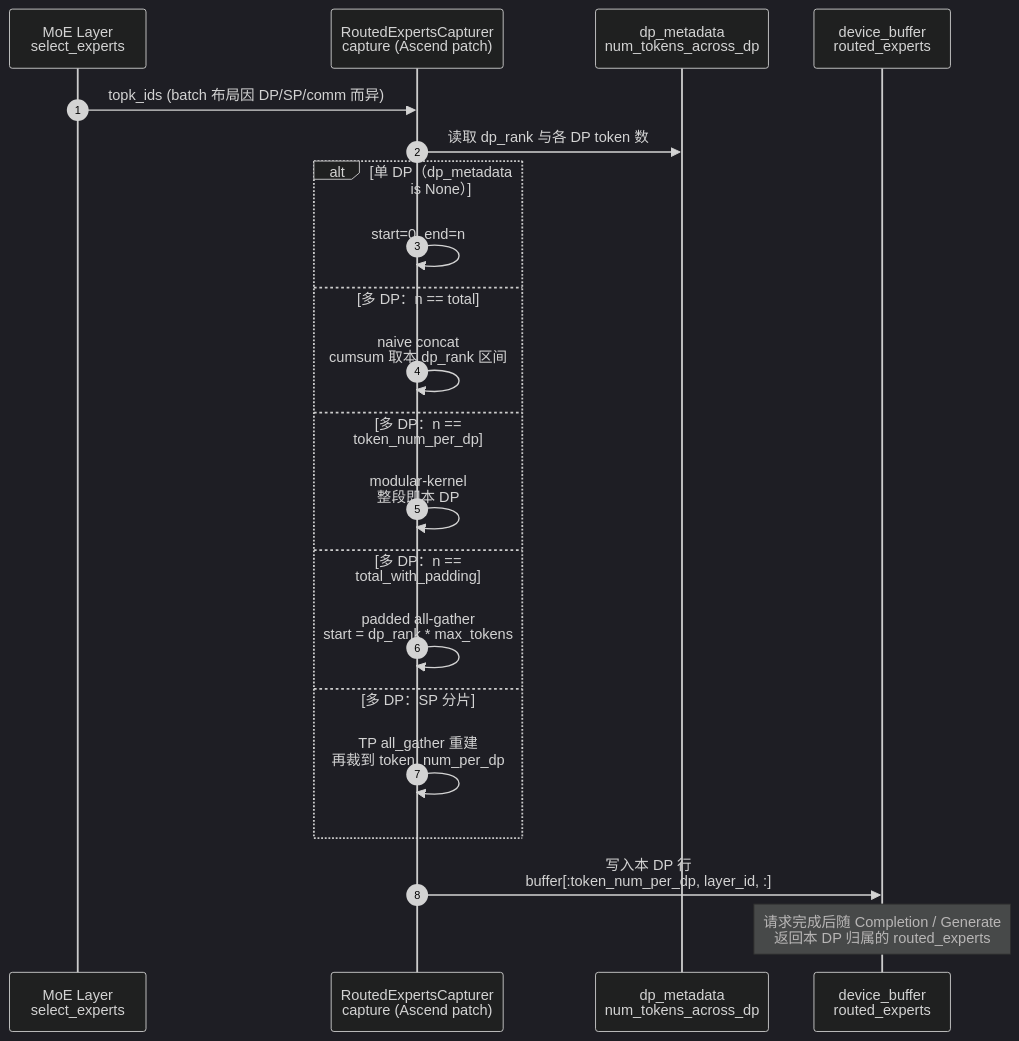
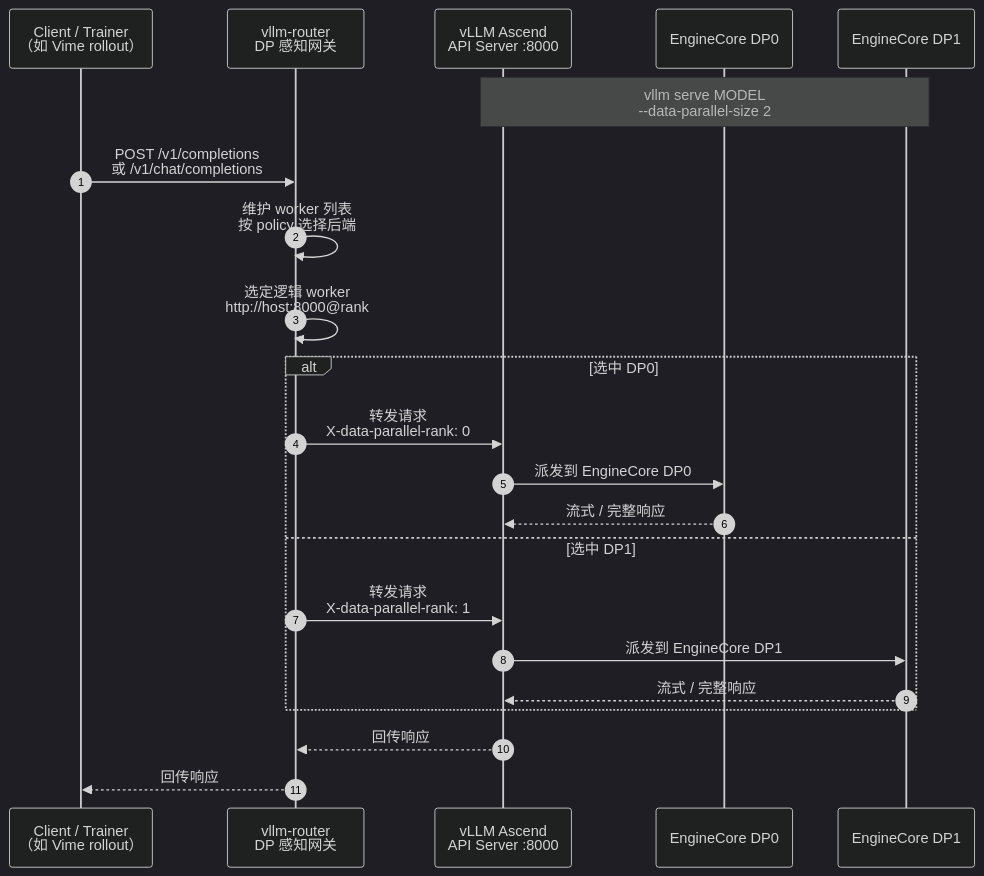
Before and after one commit to yjyang62/vllm-ascend: the diagram in docs/source/user_guide/feature_guide/dp_aware_router.md, drawn with Mermaid (dark theme). The commit also changed other lines of this file and 4 other files, not shown here.

First line of the commit message:
docs: rewrite DP Router guide for vllm-router rank-aware routing

````diff
--- a/docs/source/user_guide/feature_guide/dp_aware_router.md
+++ b/docs/source/user_guide/feature_guide/dp_aware_router.md
@@ -50,24 +64,26 @@
 ```mermaid
 sequenceDiagram
     autonumber
-    participant M as MoE Layer<br/>select_experts
-    participant C as RoutedExpertsCapturer<br/>capture (Ascend patch)
-    participant D as dp_metadata<br/>num_tokens_across_dp
-    participant B as device_buffer<br/>routed_experts
+    participant T as Client / Trainer<br/>（如 Vime rollout）
+    participant R as vllm-router<br/>DP 感知网关
+    participant S as vLLM Ascend<br/>API Server :8000
+    participant E0 as EngineCore DP0
+    participant E1 as EngineCore DP1
 
-    M->>C: topk_ids (batch 布局因 DP/SP/comm 而异)
-    C->>D: 读取 dp_rank 与各 DP token 数
-    alt 单 DP（dp_metadata is None）
-        C->>C: start=0, end=n
-    else 多 DP：n == total
-        C->>C: naive concat<br/>cumsum 取本 dp_rank 区间
-    else 多 DP：n == token_num_per_dp
-        C->>C: modular-kernel<br/>整段即本 DP
-    else 多 DP：n == total_with_padding
-        C->>C: padded all-gather<br/>start = dp_rank * max_tokens
-    else 多 DP：SP 分片
-        C->>C: TP all_gather 重建<br/>再裁到 token_num_per_dp
+    Note over S,E1: vllm serve MODEL<br/>--data-parallel-size 2
+
+    T->>R: POST /v1/completions<br/>或 /v1/chat/completions
+    R->>R: 维护 worker 列表<br/>按 policy 选择后端
+    R->>R: 选定逻辑 worker<br/>http://host:8000@rank
+    alt 选中 DP0
+        R->>S: 转发请求<br/>X-data-parallel-rank: 0
+        S->>E0: 派发到 EngineCore DP0
+        E0-->>S: 流式 / 完整响应
+    else 选中 DP1
+        R->>S: 转发请求<br/>X-data-parallel-rank: 1
+        S->>E1: 派发到 EngineCore DP1
+        E1-->>S: 流式 / 完整响应
     end
-    C->>B: 写入本 DP 行<br/>buffer[:token_num_per_dp, layer_id, :]
-    Note over B: 请求完成后随 Completion / Generate<br/>返回本 DP 归属的 routed_experts
+    S-->>R: 回传响应
+    R-->>T: 回传响应
 ```
````
